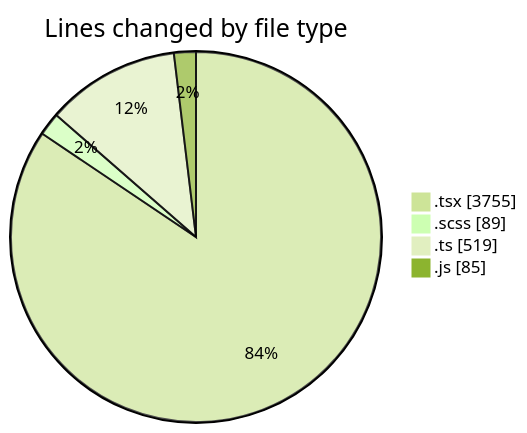
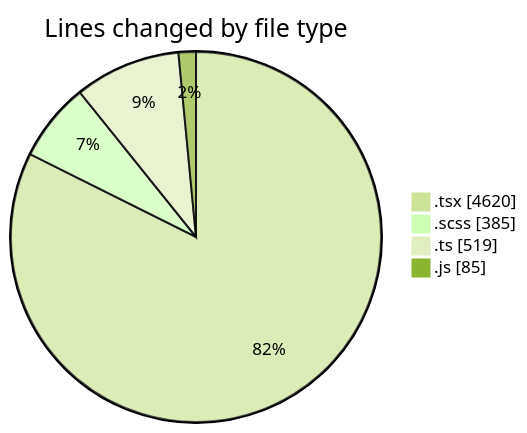
Before and after one commit to momahboobian/code-tracking: the first of 2 diagrams in 2025-06-17/cda/README.md, drawn with Mermaid (forest theme). The commit also changed other lines of this file and 1 other file, not shown here.

````diff
--- a/2025-06-17/cda/README.md
+++ b/2025-06-17/cda/README.md
@@ -29,8 +36,8 @@
 ```mermaid
 pie showData
 title Lines changed by file type
-".tsx" : 3755
-".scss" : 89
+".tsx" : 4620
+".scss" : 385
 ".ts" : 519
 ".js" : 85
 ```
````
